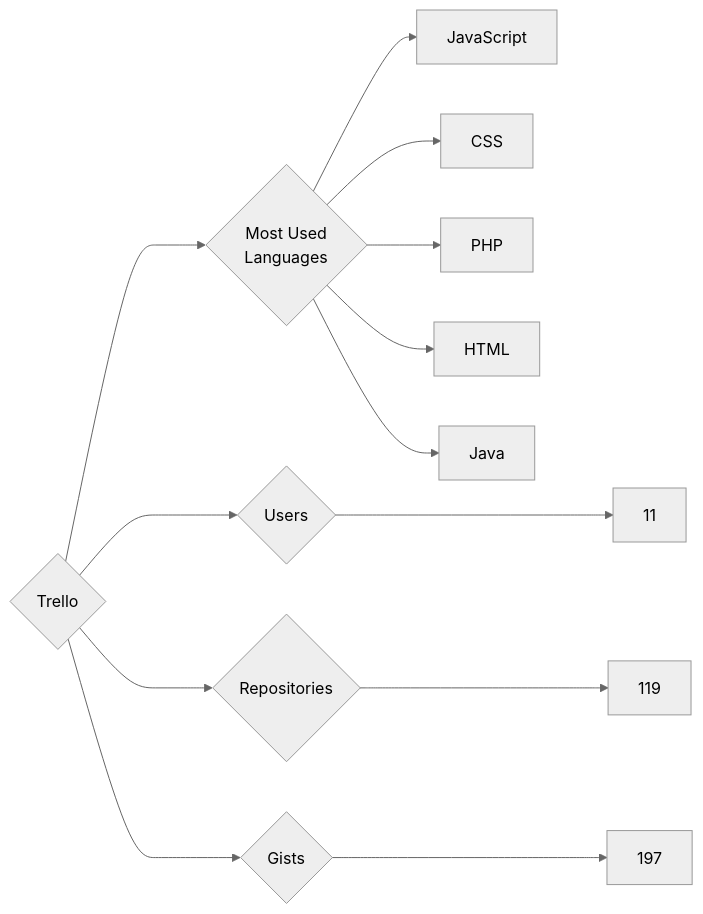
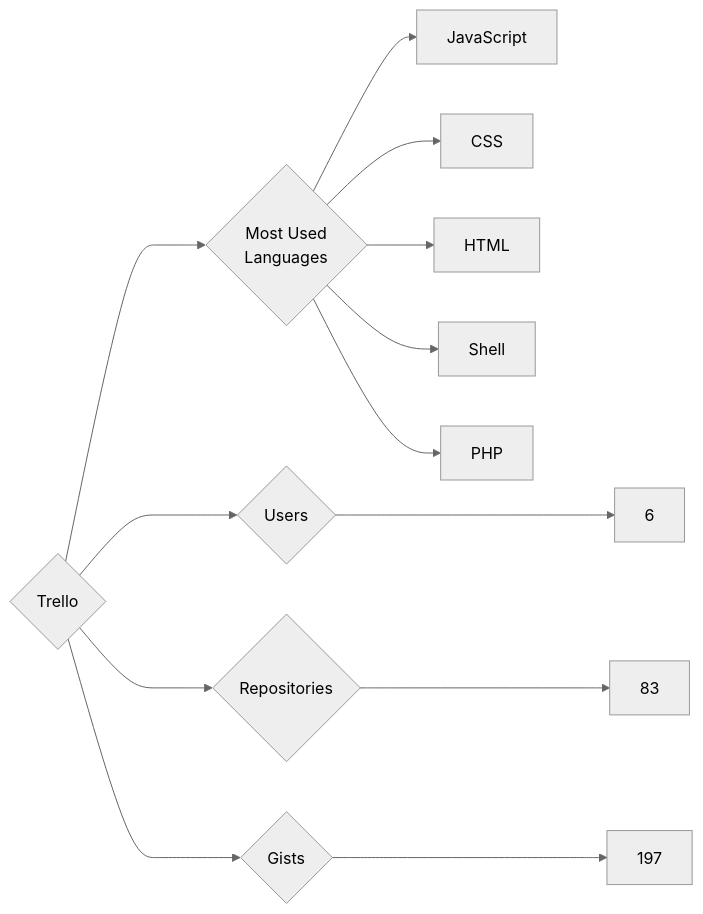
The diagram in targets/Trello/README.md (trickest/insiders), drawn with Mermaid (neutral theme) before and after one commit. The commit also changed 725 other files, not shown here.

````diff
--- a/targets/Trello/README.md
+++ b/targets/Trello/README.md
@@ -3,13 +3,13 @@
 ```mermaid
 graph LR
 COMPANY_NAME{Trello}
-COMPANY_NAME ---> U{Users} ---> UN[11]
-COMPANY_NAME ---> R{Repositories} ---> RN[119]
+COMPANY_NAME ---> U{Users} ---> UN[6]
+COMPANY_NAME ---> R{Repositories} ---> RN[83]
 COMPANY_NAME ---> G{Gists} ---> GN[197]
 COMPANY_NAME ---> ML{Most Used<br>Languages}
 ML --> JavaScript[JavaScript]
 ML --> CSS[CSS]
+ML --> HTML[HTML]
+ML --> Shell[Shell]
 ML --> PHP[PHP]
-ML --> HTML[HTML]
-ML --> Java[Java]
 ```
````
